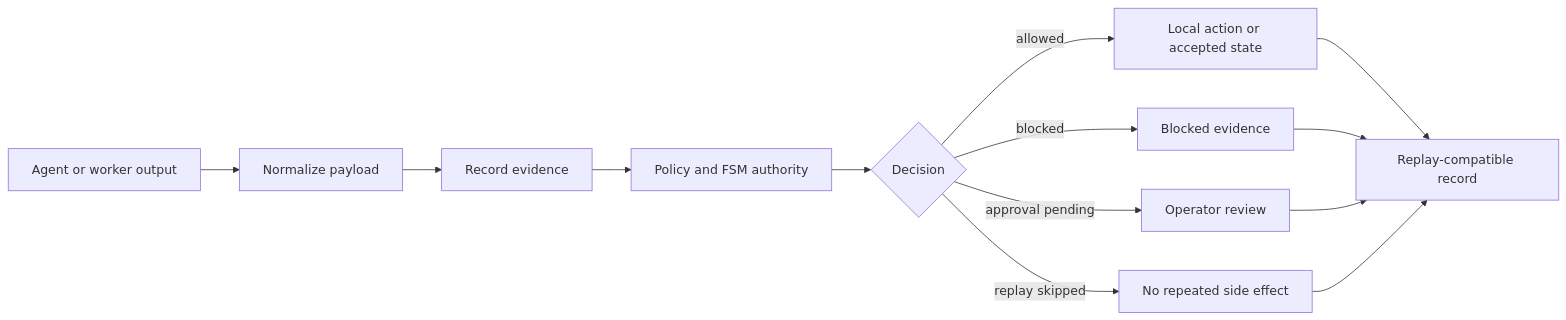
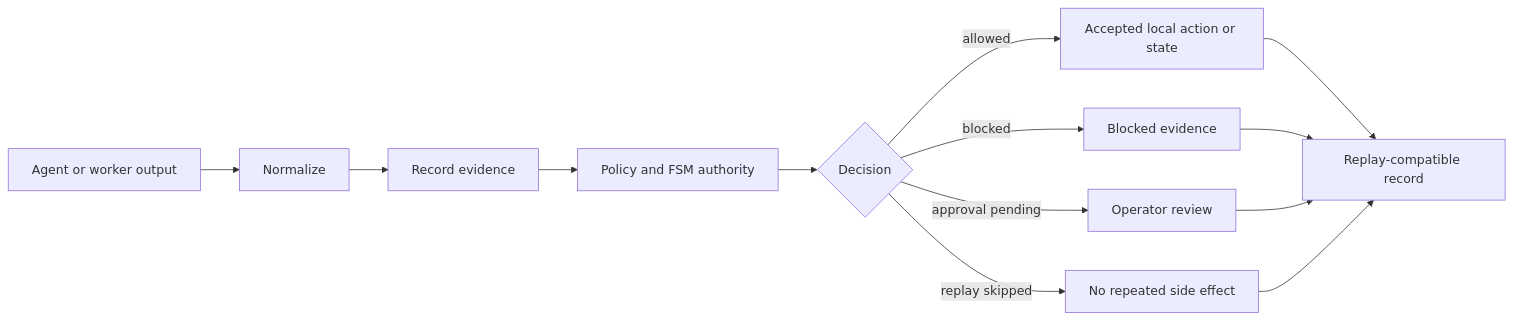
The diagram in README.md (web5labs/Quant-M), drawn with Mermaid before and after one commit. The commit also changed other lines of this file and 1 other file, not shown here.

````diff
--- a/README.md
+++ b/README.md
@@ -392,15 +88,15 @@
 ```mermaid
 flowchart LR
-    A[Agent or worker output] --> B[Normalize payload]
+    A[Agent or worker output] --> B[Normalize]
     B --> C[Record evidence]
     C --> D[Policy and FSM authority]
     D --> E{Decision}
-    E -->|allowed| F[Local action or accepted state]
+    E -->|allowed| F[Accepted local action or state]
     E -->|blocked| G[Blocked evidence]
     E -->|approval pending| H[Operator review]
     E -->|replay skipped| I[No repeated side effect]
     F --> J[Replay-compatible record]
     G --> J
     H --> J
     I --> J
 ```
````
